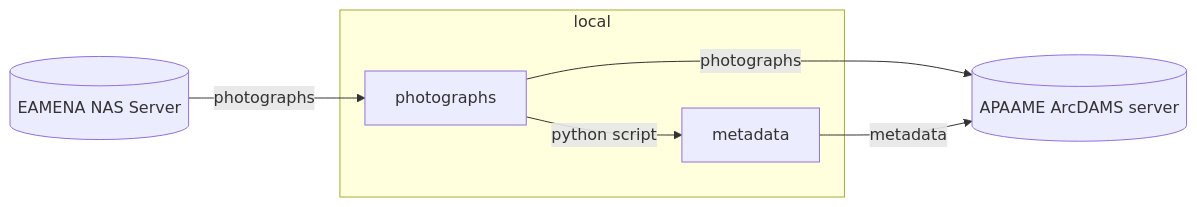
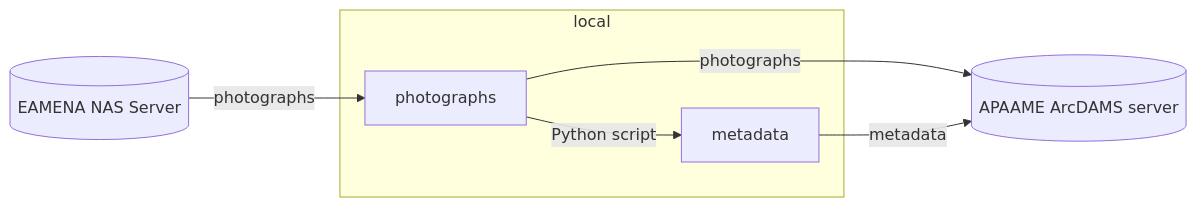
The diagram in projects/apaame-photos/README.md (eamena-project/eamena-arches-dev), drawn with Mermaid before and after one commit. The commit also changed other lines of this file, not shown here.

````diff
--- a/projects/apaame-photos/README.md
+++ b/projects/apaame-photos/README.md
@@ -15,9 +15,9 @@
 ```mermaid
 flowchart LR
     A[(EAMENA NAS Server)] --photographs--> B[photographs];
     subgraph local
-    B --python script--> C[metadata];
+    B --Python script--> C[metadata];
     end
     B --photographs--> D[(APAAME ArcDAMS server)];
     C --metadata--> D[(APAAME ArcDAMS server)]; 
 ```
````
